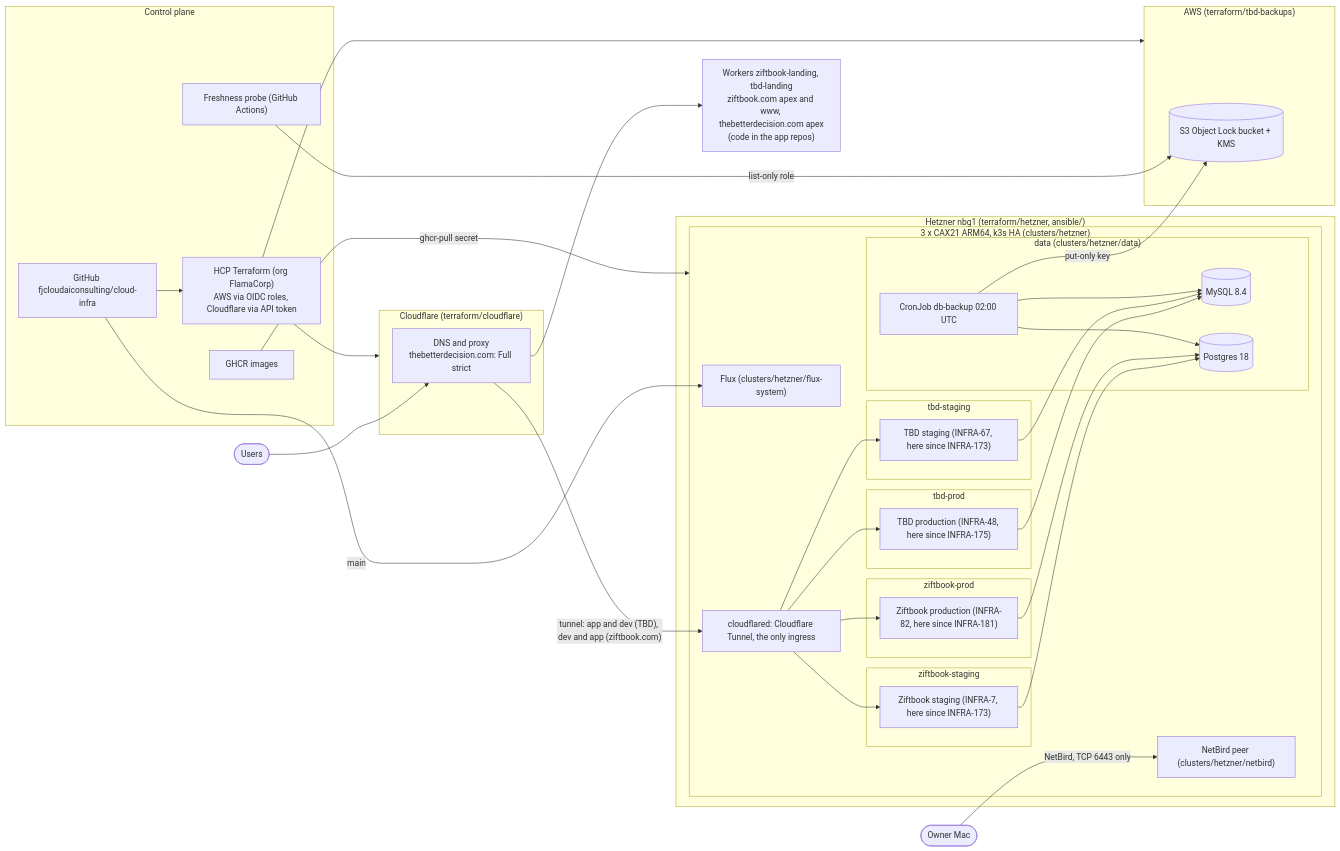
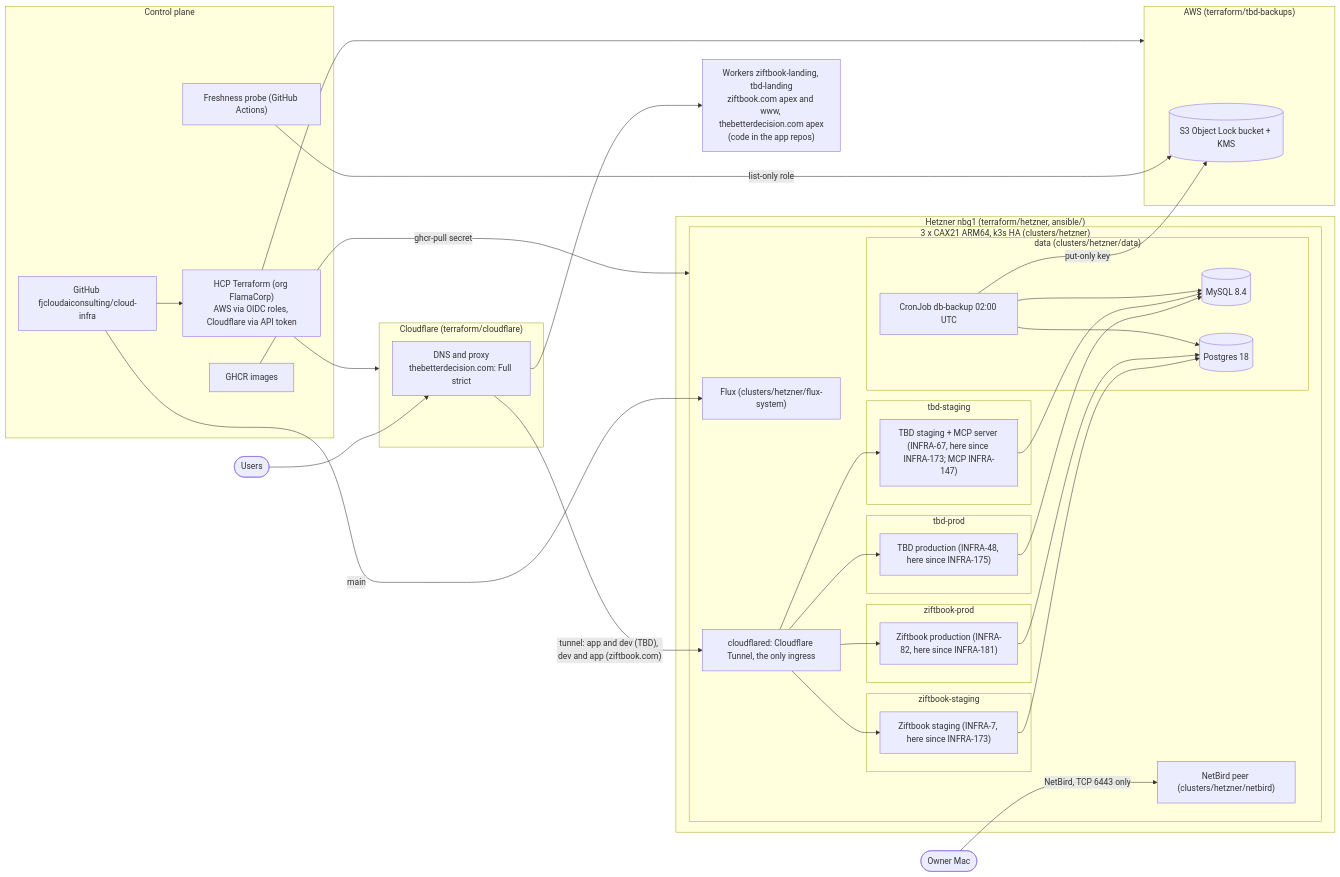
The diagram in docs/architecture.md (fjcloudaiconsulting/aws-infra), drawn with Mermaid before and after one commit. The commit also changed other lines of this file and 11 other files, not shown here.

````diff
--- a/docs/architecture.md
+++ b/docs/architecture.md
@@ -7,56 +7,56 @@
 ```mermaid
 flowchart LR
   user([Users]) --> cf
 
   subgraph cloudflare["Cloudflare (terraform/cloudflare)"]
     cf["DNS and proxy<br/>thebetterdecision.com: Full strict"]
   end
   worker["Workers ziftbook-landing, tbd-landing<br/>ziftbook.com apex and www, thebetterdecision.com apex<br/>(code in the app repos)"]
   cf --> worker
 
   subgraph hetzner["Hetzner nbg1 (terraform/hetzner, ansible/)"]
     subgraph hk3s["3 x CAX21 ARM64, k3s HA (clusters/hetzner)"]
       cfd["cloudflared: Cloudflare Tunnel, the only ingress"]
       flux["Flux (clusters/hetzner/flux-system)"]
       netbird["NetBird peer (clusters/hetzner/netbird)"]
       subgraph ns_tbdp["tbd-prod"]
         tbdprod["TBD production (INFRA-48, here since INFRA-175)"]
       end
       subgraph ns_tbds["tbd-staging"]
-        tbdstg["TBD staging (INFRA-67, here since INFRA-173)"]
+        tbdstg["TBD staging + MCP server (INFRA-67, here since INFRA-173; MCP INFRA-147)"]
       end
       subgraph ns_zif["ziftbook-staging"]
         zifapp["Ziftbook staging (INFRA-7, here since INFRA-173)"]
       end
       subgraph ns_zifp["ziftbook-prod"]
         zifprod["Ziftbook production (INFRA-82, here since INFRA-181)"]
       end
       subgraph hdata["data (clusters/hetzner/data)"]
         hmysql[("MySQL 8.4")]
         hpostgres[("Postgres 18")]
         hbackup["CronJob db-backup 02:00 UTC"]
       end
     end
   end
   cf -->|"tunnel: app and dev (TBD), dev and app (ziftbook.com)"| cfd --> tbdprod & tbdstg & zifapp & zifprod
   tbdprod & tbdstg --> hmysql
   zifapp & zifprod --> hpostgres
   hbackup --> hmysql & hpostgres
 
   subgraph aws_backups["AWS (terraform/tbd-backups)"]
     bucket[("S3 Object Lock bucket + KMS")]
   end
   hbackup -->|"put-only key"| bucket
   probe -->|"list-only role"| bucket
 
   subgraph control["Control plane"]
     gh["GitHub fjcloudaiconsulting/cloud-infra"]
     tfc["HCP Terraform (org FlamaCorp)<br/>AWS via OIDC roles, Cloudflare via API token"]
     ghcr["GHCR images"]
     probe["Freshness probe (GitHub Actions)"]
   end
   gh --> tfc --> aws_backups & cloudflare
   gh -->|"main"| flux
   ghcr -->|"ghcr-pull secret"| hk3s
   owner([Owner Mac]) -->|"NetBird, TCP 6443 only"| netbird
 ```
````
